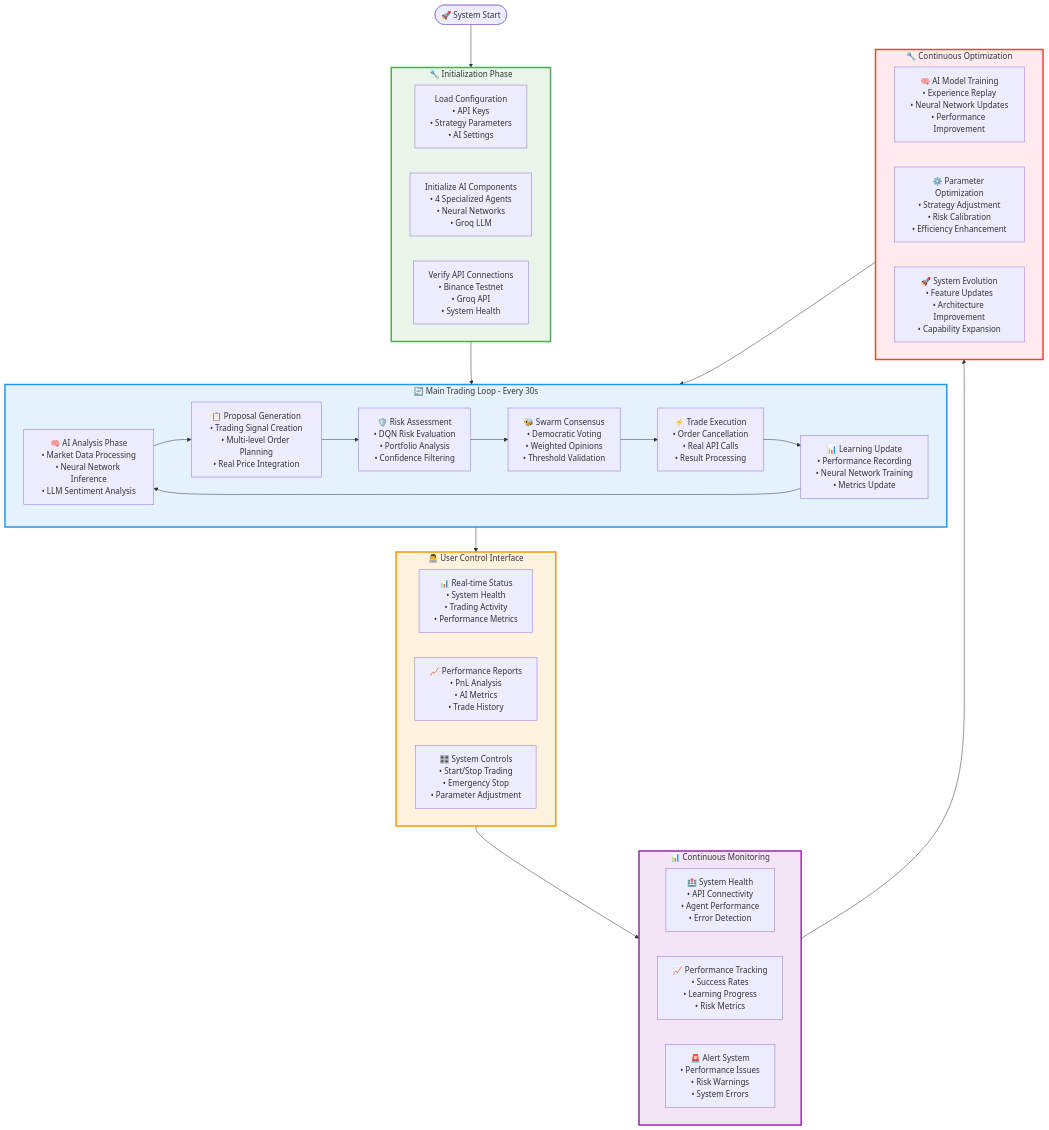
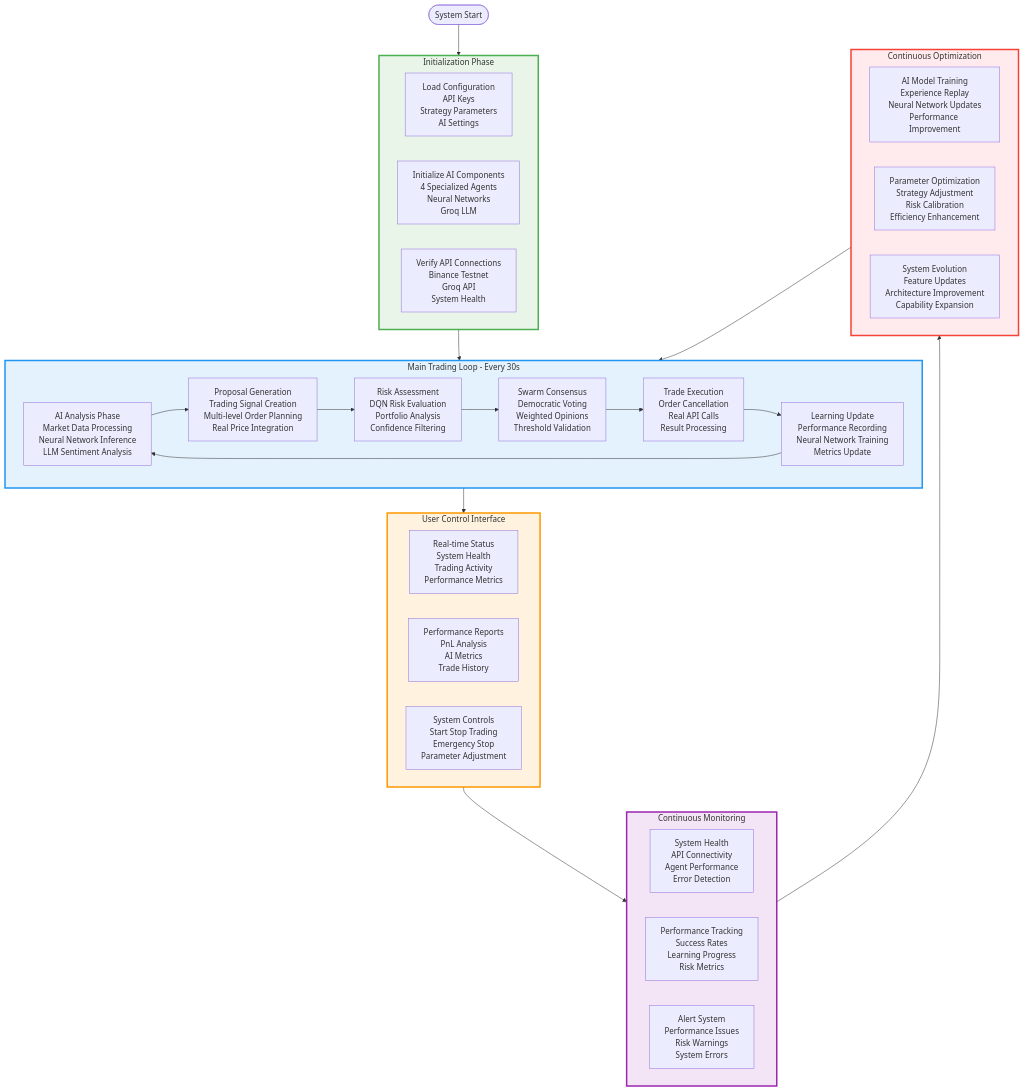
One commit to Rahul-Prasad-07/Julia-bot changed the sixth of 6 diagrams in AI_SWARM_SYSTEM_FLOW_DIAGRAM.md. Above: the diagram before and after it, drawn with Mermaid. The commit also changed other lines of this file, not shown here.

````diff
--- a/AI_SWARM_SYSTEM_FLOW_DIAGRAM.md
+++ b/AI_SWARM_SYSTEM_FLOW_DIAGRAM.md
@@ -280,62 +280,62 @@
 ```mermaid
 graph TB
-    START([🚀 System Start]) --> INIT_PHASE[🔧 Initialization Phase]
+    START([System Start]) --> INIT_PHASE[Initialization Phase]
     
-    subgraph INIT_PHASE [🔧 Initialization Phase]
-        LOAD_CONFIG[Load Configuration<br/>• API Keys<br/>• Strategy Parameters<br/>• AI Settings]
-        INIT_AI[Initialize AI Components<br/>• 4 Specialized Agents<br/>• Neural Networks<br/>• Groq LLM]
-        VERIFY_API[Verify API Connections<br/>• Binance Testnet<br/>• Groq API<br/>• System Health]
+    subgraph INIT_PHASE [Initialization Phase]
+        LOAD_CONFIG[Load Configuration<br/>API Keys<br/>Strategy Parameters<br/>AI Settings]
+        INIT_AI[Initialize AI Components<br/>4 Specialized Agents<br/>Neural Networks<br/>Groq LLM]
+        VERIFY_API[Verify API Connections<br/>Binance Testnet<br/>Groq API<br/>System Health]
     end
     
-    INIT_PHASE --> TRADING_LOOP[🔄 Main Trading Loop]
+    INIT_PHASE --> TRADING_LOOP[Main Trading Loop]
     
-    subgraph TRADING_LOOP [🔄 Main Trading Loop - Every 30s]
-        PHASE1[🧠 AI Analysis Phase<br/>• Market Data Processing<br/>• Neural Network Inference<br/>• LLM Sentiment Analysis]
-        PHASE2[📋 Proposal Generation<br/>• Trading Signal Creation<br/>• Multi-level Order Planning<br/>• Real Price Integration]
-        PHASE3[🛡️ Risk Assessment<br/>• DQN Risk Evaluation<br/>• Portfolio Analysis<br/>• Confidence Filtering]
-        PHASE4[🐝 Swarm Consensus<br/>• Democratic Voting<br/>• Weighted Opinions<br/>• Threshold Validation]
-        PHASE5[⚡ Trade Execution<br/>• Order Cancellation<br/>• Real API Calls<br/>• Result Processing]
-        PHASE6[📊 Learning Update<br/>• Performance Recording<br/>• Neural Network Training<br/>• Metrics Update]
+    subgraph TRADING_LOOP [Main Trading Loop - Every 30s]
+        PHASE1[AI Analysis Phase<br/>Market Data Processing<br/>Neural Network Inference<br/>LLM Sentiment Analysis]
+        PHASE2[Proposal Generation<br/>Trading Signal Creation<br/>Multi-level Order Planning<br/>Real Price Integration]
+        PHASE3[Risk Assessment<br/>DQN Risk Evaluation<br/>Portfolio Analysis<br/>Confidence Filtering]
+        PHASE4[Swarm Consensus<br/>Democratic Voting<br/>Weighted Opinions<br/>Threshold Validation]
+        PHASE5[Trade Execution<br/>Order Cancellation<br/>Real API Calls<br/>Result Processing]
+        PHASE6[Learning Update<br/>Performance Recording<br/>Neural Network Training<br/>Metrics Update]
         
         PHASE1 --> PHASE2 --> PHASE3 --> PHASE4 --> PHASE5 --> PHASE6
         PHASE6 --> PHASE1
     end
     
-    TRADING_LOOP --> CONTROL_INTERFACE[👨‍💻 User Control Interface]
+    TRADING_LOOP --> CONTROL_INTERFACE[User Control Interface]
     
-    subgraph CONTROL_INTERFACE [👨‍💻 User Control Interface]
-        STATUS[📊 Real-time Status<br/>• System Health<br/>• Trading Activity<br/>• Performance Metrics]
-        REPORTS[📈 Performance Reports<br/>• PnL Analysis<br/>• AI Metrics<br/>• Trade History]
-        CONTROLS[🎛️ System Controls<br/>• Start/Stop Trading<br/>• Emergency Stop<br/>• Parameter Adjustment]
+    subgraph CONTROL_INTERFACE [User Control Interface]
+        STATUS[Real-time Status<br/>System Health<br/>Trading Activity<br/>Performance Metrics]
+        REPORTS[Performance Reports<br/>PnL Analysis<br/>AI Metrics<br/>Trade History]
+        CONTROLS[System Controls<br/>Start Stop Trading<br/>Emergency Stop<br/>Parameter Adjustment]
     end
     
-    CONTROL_INTERFACE --> MONITORING[📊 Continuous Monitoring]
+    CONTROL_INTERFACE --> MONITORING[Continuous Monitoring]
     
-    subgraph MONITORING [📊 Continuous Monitoring]
-        HEALTH_CHECK[🏥 System Health<br/>• API Connectivity<br/>• Agent Performance<br/>• Error Detection]
-        PERFORMANCE[📈 Performance Tracking<br/>• Success Rates<br/>• Learning Progress<br/>• Risk Metrics]
-        ALERTS[🚨 Alert System<br/>• Performance Issues<br/>• Risk Warnings<br/>• System Errors]
+    subgraph MONITORING [Continuous Monitoring]
+        HEALTH_CHECK[System Health<br/>API Connectivity<br/>Agent Performance<br/>Error Detection]
+        PERFORMANCE[Performance Tracking<br/>Success Rates<br/>Learning Progress<br/>Risk Metrics]
+        ALERTS[Alert System<br/>Performance Issues<br/>Risk Warnings<br/>System Errors]
     end
     
-    MONITORING --> OPTIMIZATION[🔧 Continuous Optimization]
+    MONITORING --> OPTIMIZATION[Continuous Optimization]
     
-    subgraph OPTIMIZATION [🔧 Continuous Optimization]
-        AI_TRAINING[🧠 AI Model Training<br/>• Experience Replay<br/>• Neural Network Updates<br/>• Performance Improvement]
-        PARAMETER_TUNING[⚙️ Parameter Optimization<br/>• Strategy Adjustment<br/>• Risk Calibration<br/>• Efficiency Enhancement]
-        SYSTEM_EVOLUTION[🚀 System Evolution<br/>• Feature Updates<br/>• Architecture Improvement<br/>• Capability Expansion]
+    subgraph OPTIMIZATION [Continuous Optimization]
+        AI_TRAINING[AI Model Training<br/>Experience Replay<br/>Neural Network Updates<br/>Performance Improvement]
+        PARAMETER_TUNING[Parameter Optimization<br/>Strategy Adjustment<br/>Risk Calibration<br/>Efficiency Enhancement]
+        SYSTEM_EVOLUTION[System Evolution<br/>Feature Updates<br/>Architecture Improvement<br/>Capability Expansion]
     end
     
     OPTIMIZATION --> TRADING_LOOP
-    
+
     classDef initNode fill:#e8f5e8,stroke:#4caf50,stroke-width:3px
     classDef tradingNode fill:#e3f2fd,stroke:#2196f3,stroke-width:3px
     classDef controlNode fill:#fff3e0,stroke:#ff9800,stroke-width:3px
     classDef monitorNode fill:#f3e5f5,stroke:#9c27b0,stroke-width:3px
     classDef optimizeNode fill:#ffebee,stroke:#f44336,stroke-width:3px
 
     class INIT_PHASE initNode
     class TRADING_LOOP tradingNode
     class CONTROL_INTERFACE controlNode
     class MONITORING monitorNode
     class OPTIMIZATION optimizeNode
 ```
````
